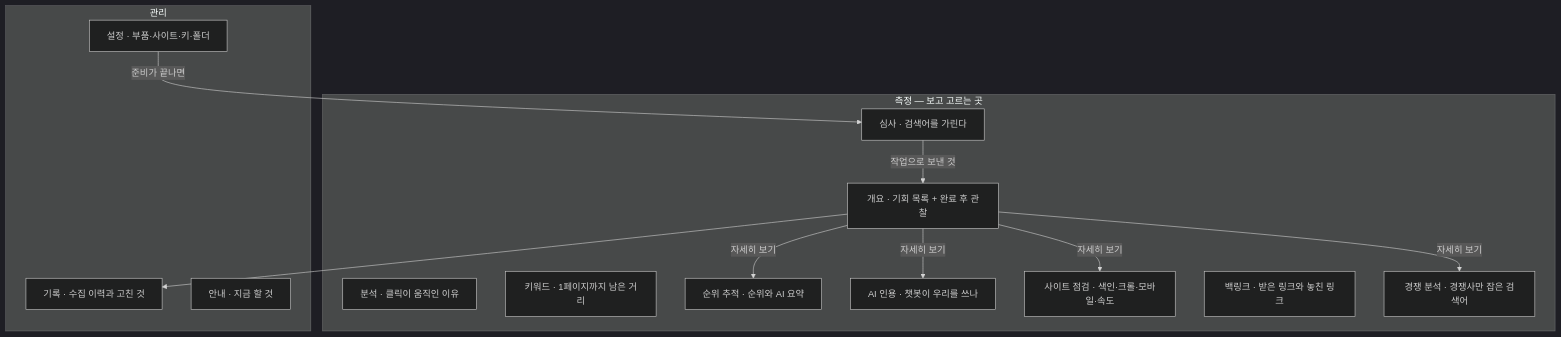
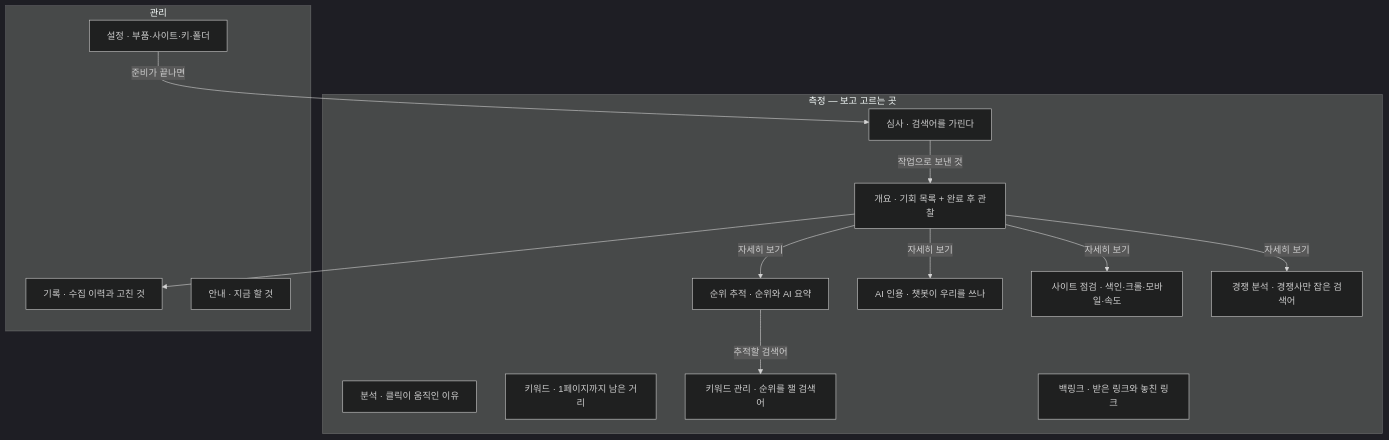
One commit to seanjr2847/seo-miner changed the fifth of 5 diagrams in docs/guide.md. Above: the diagram before and after it, drawn with Mermaid (dark theme). The commit also changed other lines of this file and 17 other files, not shown here.

First line of the commit message:
feat(dashboard): 추적할 검색어를 [키워드 관리] 화면으로 떼어 낸다

````diff
--- a/docs/guide.md
+++ b/docs/guide.md
@@ -217,28 +217,30 @@
 ```mermaid
 flowchart TD
   subgraph M1 ["측정 — 보고 고르는 곳"]
     V1["심사 · 검색어를 가린다"]
     V2["개요 · 기회 목록 + 완료 후 관찰"]
     V3["분석 · 클릭이 움직인 이유"]
     V4["키워드 · 1페이지까지 남은 거리"]
+    V4K["키워드 관리 · 순위를 잴 검색어"]
     V5["순위 추적 · 순위와 AI 요약"]
     V6["AI 인용 · 챗봇이 우리를 쓰나"]
     V7["사이트 점검 · 색인·크롤·모바일·속도"]
     V8["백링크 · 받은 링크와 놓친 링크"]
     V9["경쟁 분석 · 경쟁사만 잡은 검색어"]
   end
 
   subgraph M2 ["관리"]
     V10["기록 · 수집 이력과 고친 것"]
     V11["안내 · 지금 할 것"]
     V12["설정 · 부품·사이트·키·폴더"]
   end
 
   V12 -->|준비가 끝나면| V1
   V1 -->|작업으로 보낸 것| V2
   V2 -->|자세히 보기| V5
   V2 -->|자세히 보기| V6
   V2 -->|자세히 보기| V7
   V2 -->|자세히 보기| V9
   V2 --> V10
+  V5 -->|추적할 검색어| V4K
 ```
````
